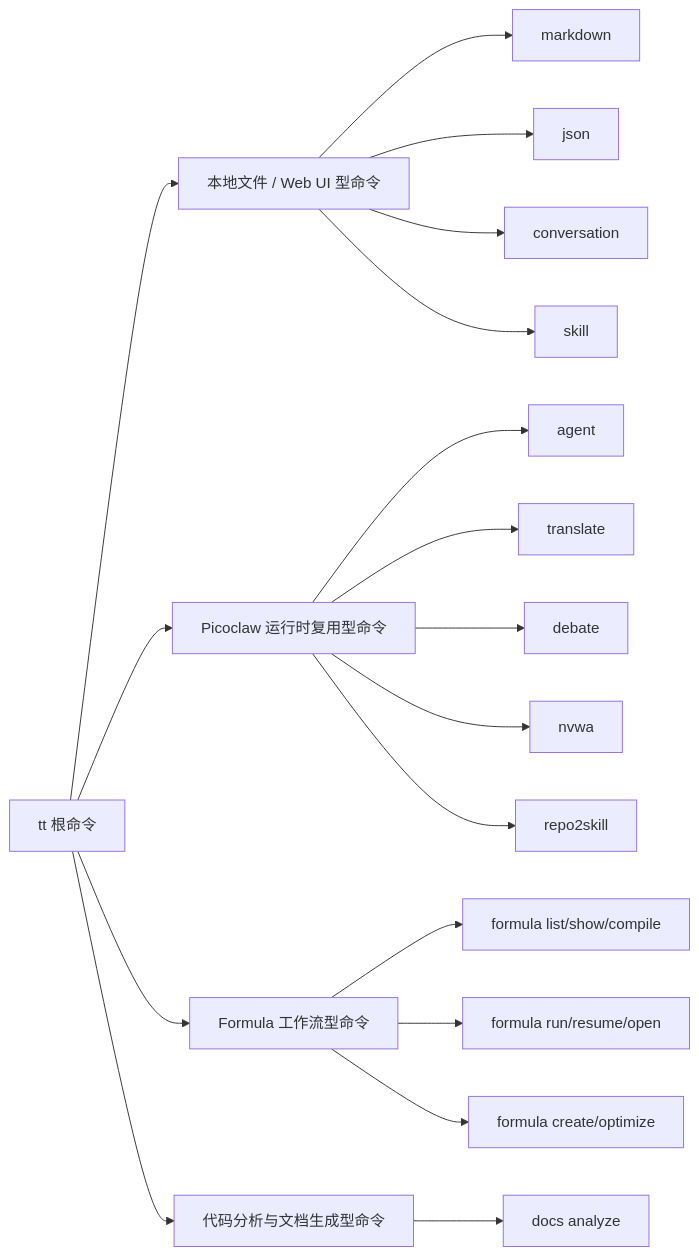
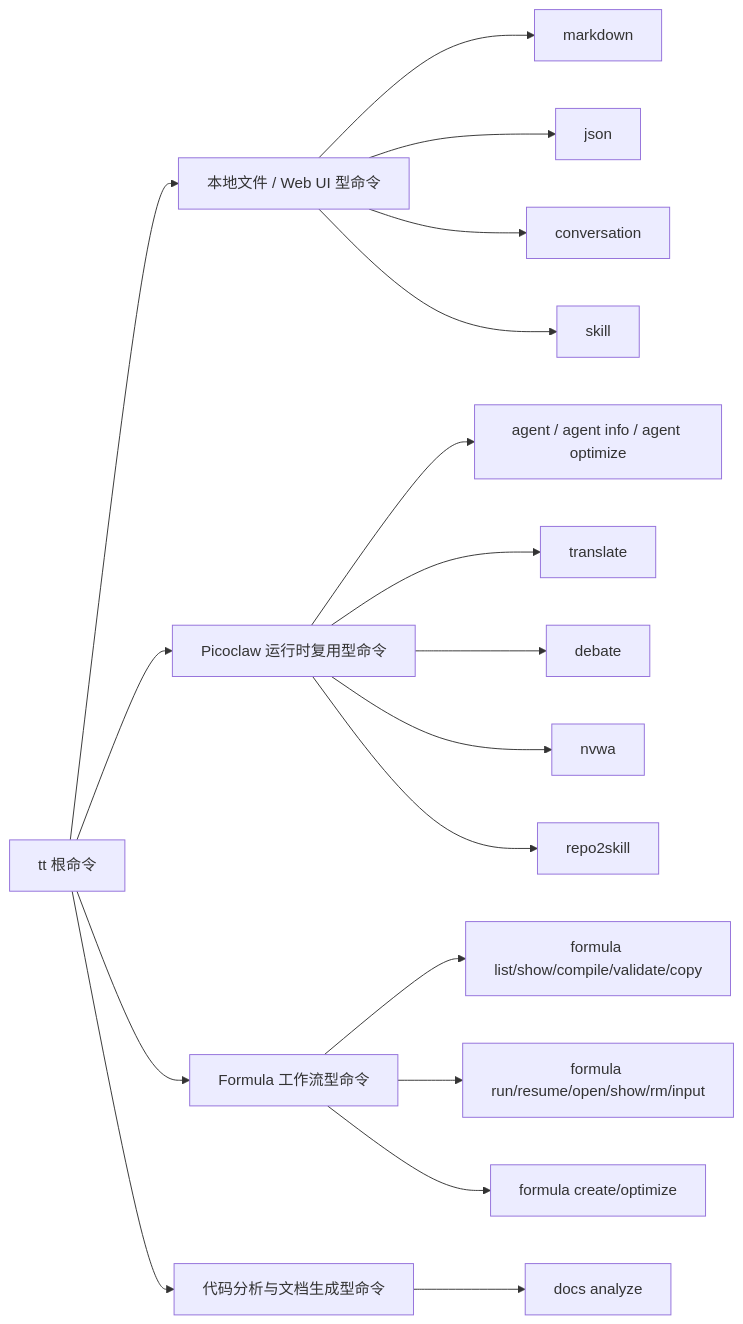
The first of 2 diagrams in ai-docs/overview.md (sjzsdu/tt), drawn with Mermaid before and after one commit. The commit also changed other lines of this file and 5 other files, not shown here.

Commit message:
docs(ai-docs): expand formula and agent architecture guides

````diff
--- a/ai-docs/overview.md
+++ b/ai-docs/overview.md
@@ -20,24 +22,24 @@
 ```mermaid
 flowchart LR
     A[tt 根命令] --> B[本地文件 / Web UI 型命令]
     A --> C[Picoclaw 运行时复用型命令]
     A --> D[Formula 工作流型命令]
     A --> E[代码分析与文档生成型命令]
 
     B --> B1[markdown]
     B --> B2[json]
     B --> B3[conversation]
     B --> B4[skill]
 
-    C --> C1[agent]
+    C --> C1[agent / agent info / agent optimize]
     C --> C2[translate]
     C --> C3[debate]
     C --> C4[nvwa]
     C --> C5[repo2skill]
 
-    D --> D1[formula list/show/compile]
-    D --> D2[formula run/resume/open]
+    D --> D1[formula list/show/compile/validate/copy]
+    D --> D2[formula run/resume/open/show/rm/input]
     D --> D3[formula create/optimize]
 
     E --> E1[docs analyze]
 ```
````
